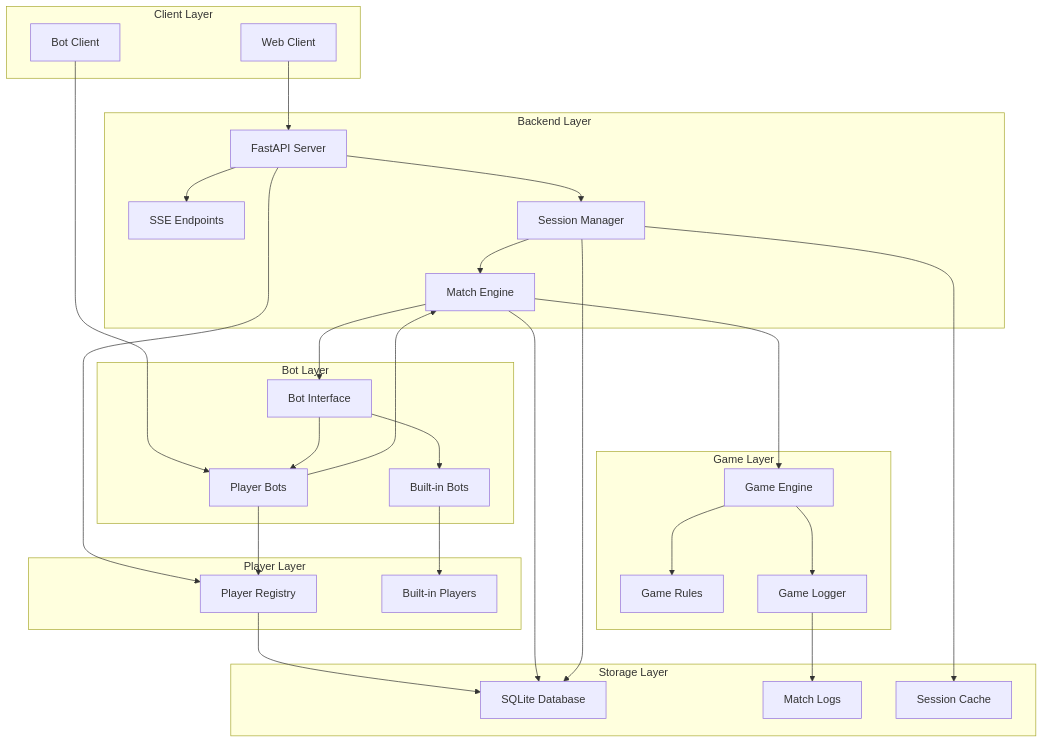
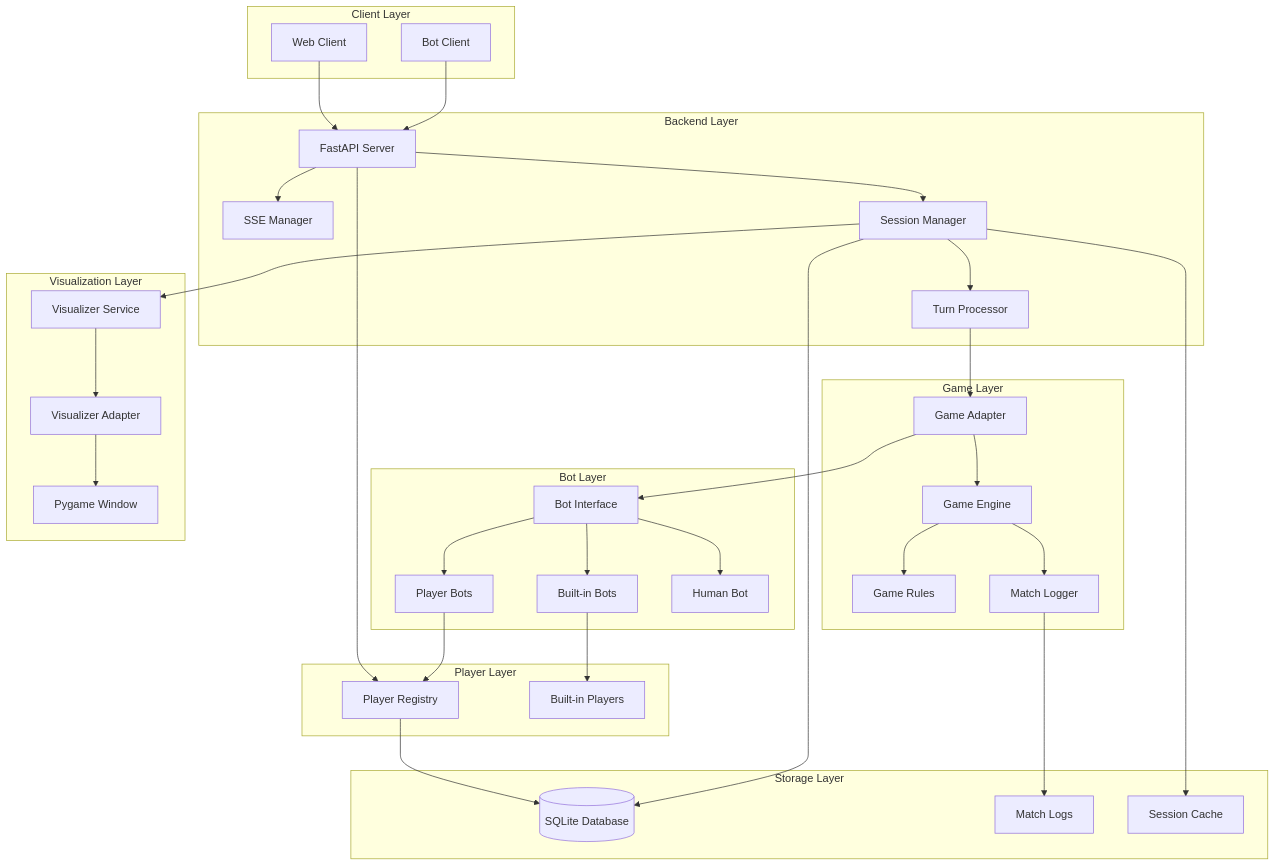
Before and after one commit to swex-camp2024-copilot/swex-camp-spellcaster: the first of 3 diagrams in docs/specs/spellcasters-backend/design.md, drawn with Mermaid. The commit also changed other lines of this file and 1 other file, not shown here.

Commit message:
Update functional spec and backend design spec with mermaid diagram

````diff
--- a/docs/specs/spellcasters-backend/design.md
+++ b/docs/specs/spellcasters-backend/design.md
@@ -17,58 +17,69 @@
 ```mermaid
 graph TB
-    subgraph "Client Layer"
+    subgraph Client["Client Layer"]
         WEB[Web Client]
         BOT[Bot Client]
     end
     
-    subgraph "Backend Layer"
+    subgraph Backend["Backend Layer"]
         API[FastAPI Server]
-        SSE[SSE Endpoints]
+        SSE[SSE Manager]
         SESSION[Session Manager]
-        MATCH[Match Engine]
+        TURN[Turn Processor]
     end
     
-    subgraph "Game Layer"
+    subgraph Game["Game Layer"]
         ENGINE[Game Engine]
+        ADAPTER[Game Adapter]
         RULES[Game Rules]
-        LOGGER[Game Logger]
+        LOGGER[Match Logger]
     end
     
-    subgraph "Bot Layer"
+    subgraph BotLayer["Bot Layer"]
         INTERFACE[Bot Interface]
         BUILTIN[Built-in Bots]
         PLAYERBOT[Player Bots]
+        HUMAN[Human Bot]
     end
     
-    subgraph "Player Layer"
-        PLAYERS[Player Registry]
+    subgraph PlayerLayer["Player Layer"]
+        REGISTRY[Player Registry]
         BUILTINPLAYERS[Built-in Players]
     end
     
-    subgraph "Storage Layer"
-        DATABASE[SQLite Database]
+    subgraph Storage["Storage Layer"]
+        DATABASE[(SQLite Database)]
         LOGS[Match Logs]
         MEMORY[Session Cache]
     end
     
+    subgraph Visualization["Visualization Layer"]
+        VIZSERVICE[Visualizer Service]
+        VIZADAPTER[Visualizer Adapter]
+        PYGAME[Pygame Window]
+    end
+    
     WEB --> API
-    BOT --> PLAYERBOT
+    BOT --> API
     API --> SSE
     API --> SESSION
-    API --> PLAYERS
-    SESSION --> MATCH
-    MATCH --> ENGINE
-    MATCH --> INTERFACE
-    PLAYERBOT --> MATCH
-    PLAYERBOT --> PLAYERS
-    BUILTIN --> BUILTINPLAYERS
+    API --> REGISTRY
+    SESSION --> TURN
+    SESSION --> VIZSERVICE
+    TURN --> ADAPTER
+    ADAPTER --> ENGINE
+    ADAPTER --> INTERFACE
     ENGINE --> RULES
     ENGINE --> LOGGER
     INTERFACE --> BUILTIN
     INTERFACE --> PLAYERBOT
+    INTERFACE --> HUMAN
+    BUILTIN --> BUILTINPLAYERS
+    PLAYERBOT --> REGISTRY
     SESSION --> MEMORY
     LOGGER --> LOGS
-    PLAYERS --> DATABASE
-    MATCH --> DATABASE
+    REGISTRY --> DATABASE
     SESSION --> DATABASE
+    VIZSERVICE --> VIZADAPTER
+    VIZADAPTER --> PYGAME
 ```
````
